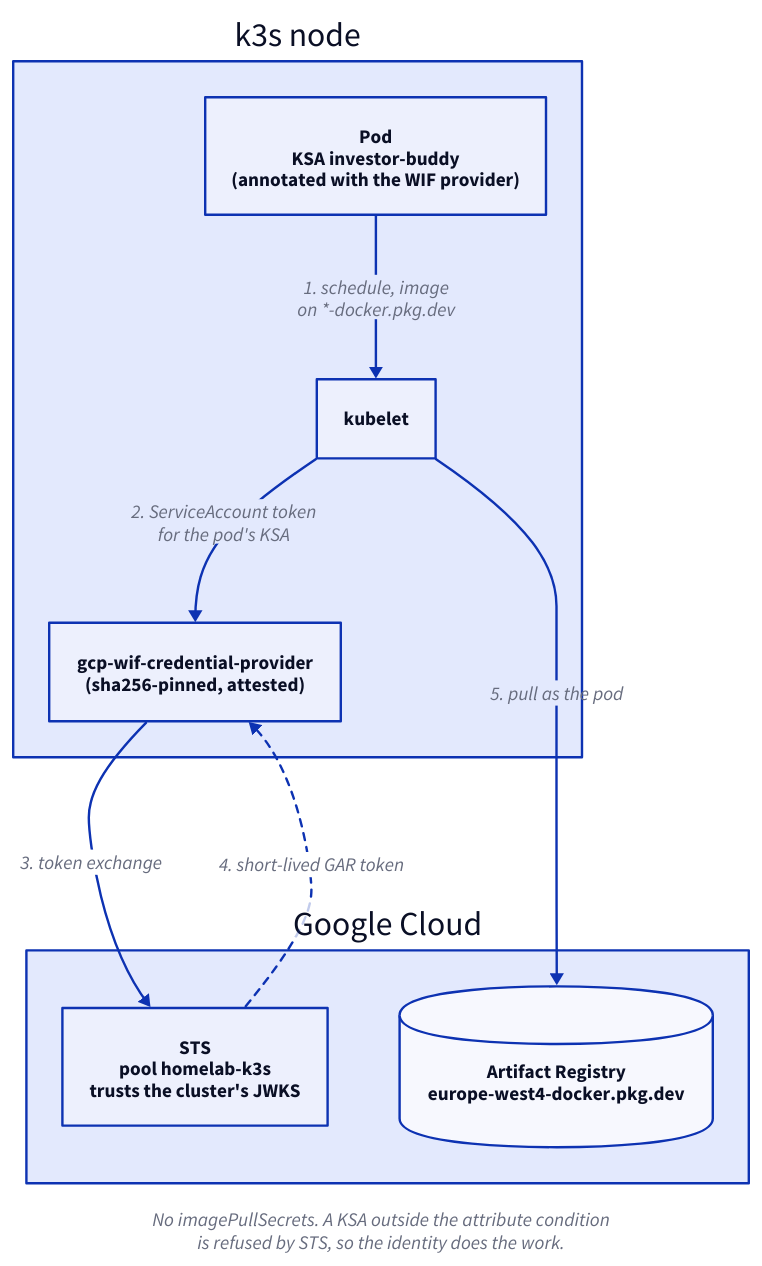
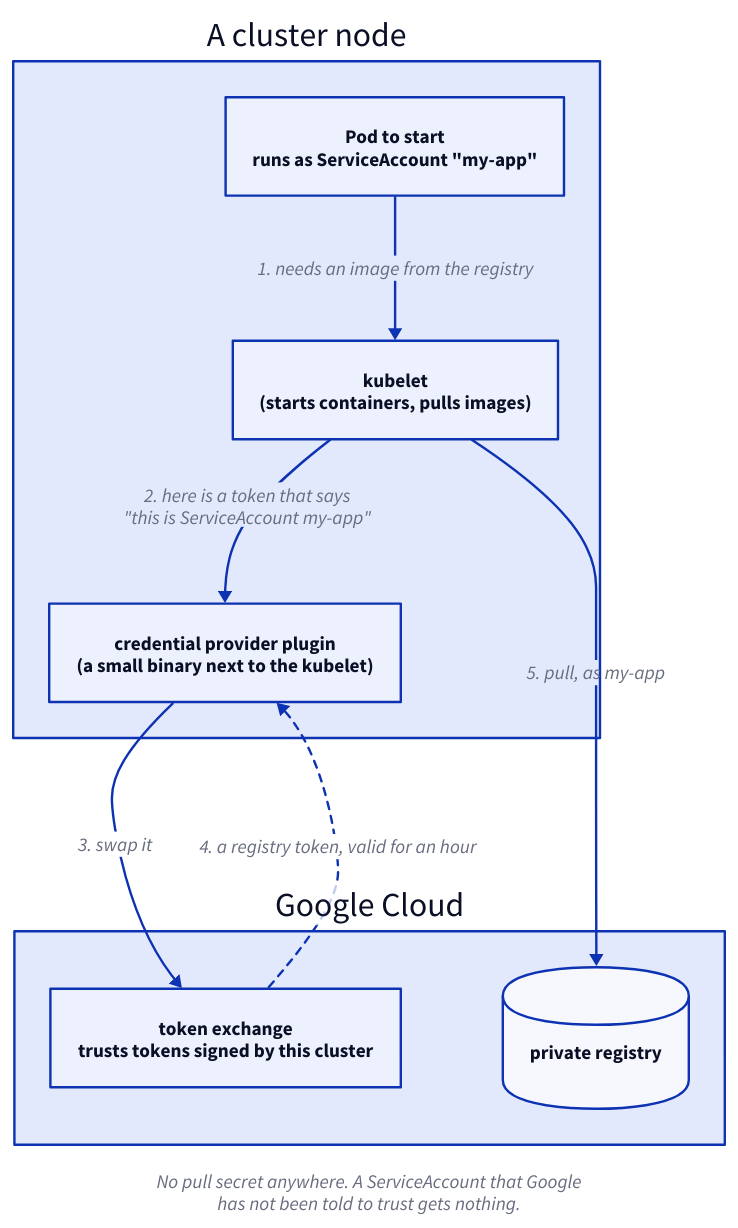
The diagram in src/diagrams/secret-free-image-pull.d2 (dlouwers/dlouwers.github.io), drawn with D2 before and after one commit. The commit also changed 8 other files, not shown here.

```diff
--- a/src/diagrams/secret-free-image-pull.d2
+++ b/src/diagrams/secret-free-image-pull.d2
@@ -1,28 +1,28 @@
 direction: down
 
-node: "k3s node" {
-  pod: "Pod\nKSA investor-buddy\n(annotated with the WIF provider)"
-  kubelet: "kubelet"
-  plugin: "gcp-wif-credential-provider\n(sha256-pinned, attested)"
+node: "A cluster node" {
+  pod: "Pod to start\nruns as ServiceAccount \"my-app\""
+  kubelet: "kubelet\n(starts containers, pulls images)"
+  plugin: "credential provider plugin\n(a small binary next to the kubelet)"
 }
 
 google: "Google Cloud" {
-  sts: "STS\npool homelab-k3s\ntrusts the cluster's JWKS"
-  gar: "Artifact Registry\neurope-west4-docker.pkg.dev" {
+  sts: "token exchange\ntrusts tokens signed by this cluster"
+  reg: "private registry" {
     shape: cylinder
   }
 }
 
-node.pod -> node.kubelet: "1. schedule, image\non *-docker.pkg.dev"
-node.kubelet -> node.plugin: "2. ServiceAccount token\nfor the pod's KSA"
-node.plugin -> google.sts: "3. token exchange"
-google.sts -> node.plugin: "4. short-lived GAR token" {
+node.pod -> node.kubelet: "1. needs an image from the registry"
+node.kubelet -> node.plugin: "2. here is a token that says\n\"this is ServiceAccount my-app\""
+node.plugin -> google.sts: "3. swap it"
+google.sts -> node.plugin: "4. a registry token, valid for an hour" {
   style.stroke-dash: 3
 }
-node.kubelet -> google.gar: "5. pull as the pod"
+node.kubelet -> google.reg: "5. pull, as my-app"
 
-note: "No imagePullSecrets. A KSA outside the attribute condition\nis refused by STS, so the identity does the work." {
+note: "No pull secret anywhere. A ServiceAccount that Google\nhas not been told to trust gets nothing." {
   shape: text
   near: bottom-center
   style.italic: true
 }
```
